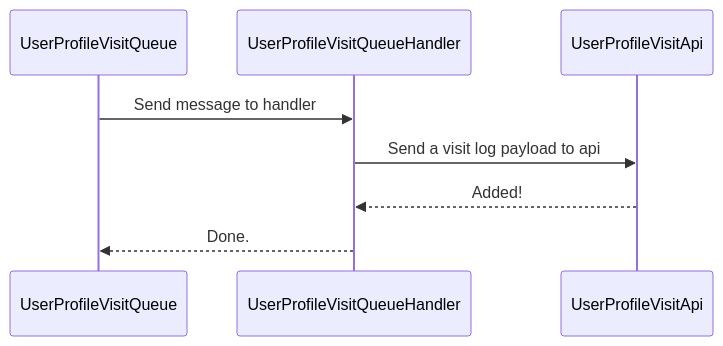
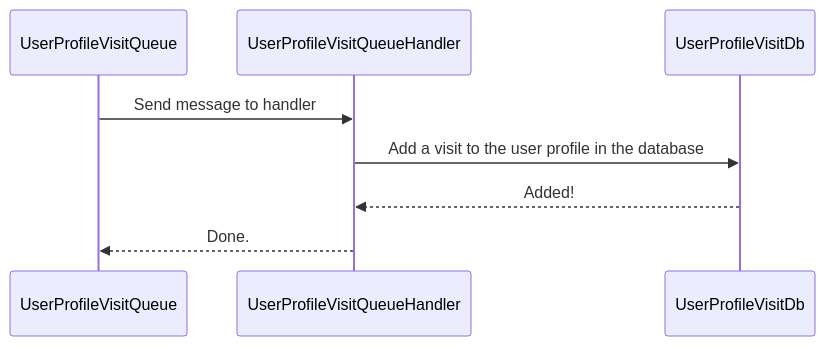
The second of 4 diagrams in docs/Design-Decisions.md (willholmeswastaken/mylinks), drawn with Mermaid before and after one commit. The commit also changed other lines of this file, not shown here.

````diff
--- a/docs/Design-Decisions.md
+++ b/docs/Design-Decisions.md
@@ -37,10 +35,10 @@
 ```mermaid
 sequenceDiagram
     participant UserProfileVisitQueue
     participant UserProfileVisitQueueHandler
-    participant UserProfileVisitApi
+    participant UserProfileVisitDb
     UserProfileVisitQueue->>UserProfileVisitQueueHandler: Send message to handler
-    UserProfileVisitQueueHandler->>UserProfileVisitApi: Send a visit log payload to api
-    UserProfileVisitApi-->>UserProfileVisitQueueHandler: Added!
+    UserProfileVisitQueueHandler->>UserProfileVisitDb: Add a visit to the user profile in the database
+    UserProfileVisitDb-->>UserProfileVisitQueueHandler: Added!
     UserProfileVisitQueueHandler-->>UserProfileVisitQueue: Done.
 ```
````
